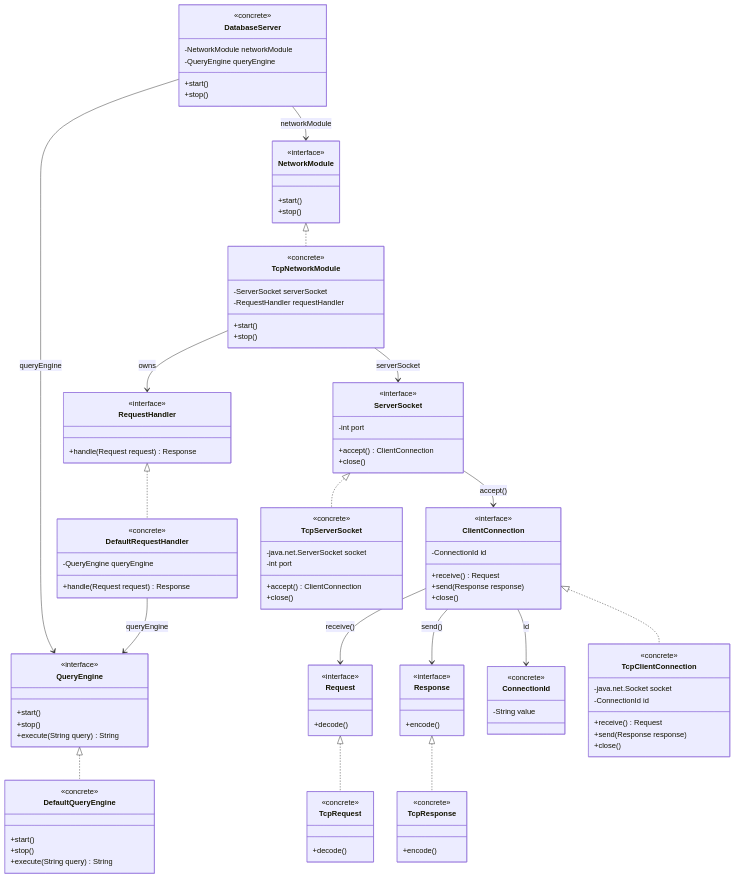
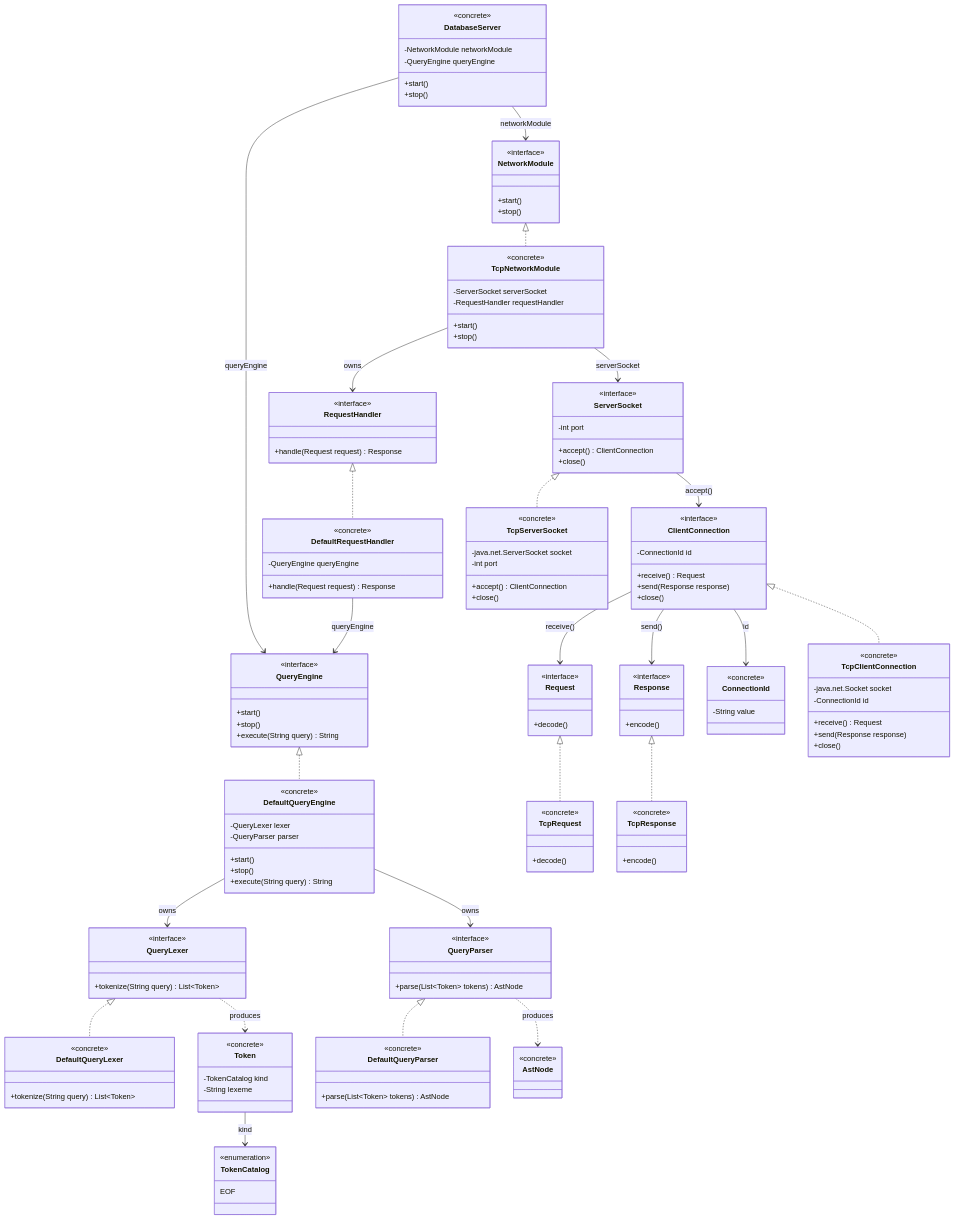
Before and after one commit to ItsPalash13/java-db: the diagram in docs/lld/java-database-lld.md, drawn with Mermaid. The commit also changed 9 other files, not shown here.

Commit message:
feat: Add query lexer and parser stubs coordinated by DefaultQueryEngine.

```diff
--- a/docs/lld/java-database-lld.md
+++ b/docs/lld/java-database-lld.md
@@ -36,9 +36,46 @@
 
     class DefaultQueryEngine {
         <<concrete>>
+        -QueryLexer lexer
+        -QueryParser parser
         +start()
         +stop()
         +execute(String query) String
+    }
+
+    class QueryLexer {
+        <<interface>>
+        +tokenize(String query) List~Token~
+    }
+
+    class DefaultQueryLexer {
+        <<concrete>>
+        +tokenize(String query) List~Token~
+    }
+
+    class TokenCatalog {
+        <<enumeration>>
+        EOF
+    }
+
+    class Token {
+        <<concrete>>
+        -TokenCatalog kind
+        -String lexeme
+    }
+
+    class QueryParser {
+        <<interface>>
+        +parse(List~Token~ tokens) AstNode
+    }
+
+    class DefaultQueryParser {
+        <<concrete>>
+        +parse(List~Token~ tokens) AstNode
+    }
+
+    class AstNode {
+        <<concrete>>
     }
 
     class ServerSocket {
@@ -112,9 +149,16 @@
     NetworkModule <|.. TcpNetworkModule
     RequestHandler <|.. DefaultRequestHandler
     QueryEngine <|.. DefaultQueryEngine
+    QueryLexer <|.. DefaultQueryLexer
+    QueryParser <|.. DefaultQueryParser
 
     TcpNetworkModule --> RequestHandler : owns
     DefaultRequestHandler --> QueryEngine : queryEngine
+    DefaultQueryEngine --> QueryLexer : owns
+    DefaultQueryEngine --> QueryParser : owns
+    QueryLexer ..> Token : produces
+    QueryParser ..> AstNode : produces
+    Token --> TokenCatalog : kind
 
     ServerSocket <|.. TcpServerSocket
     ClientConnection <|.. TcpClientConnection
```
